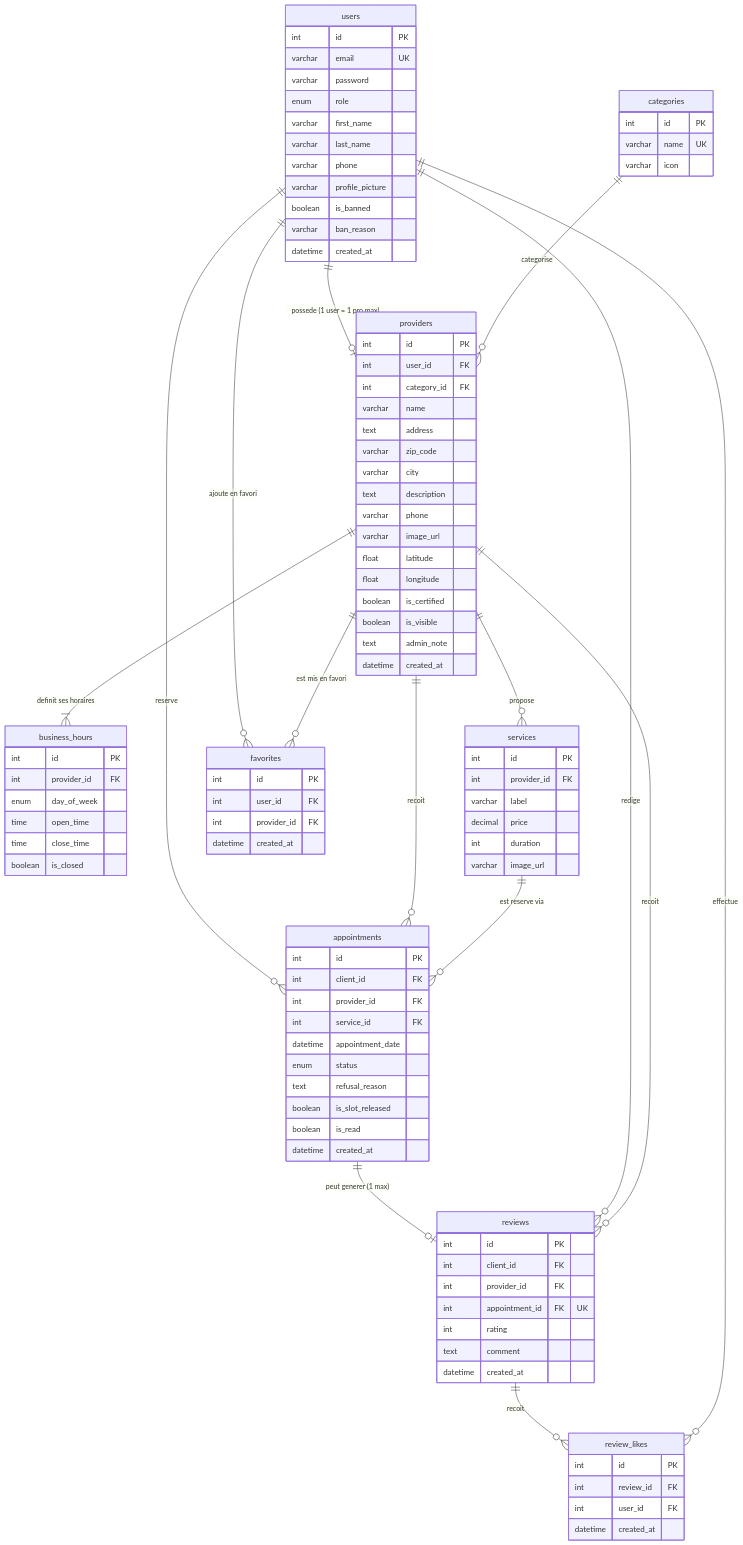
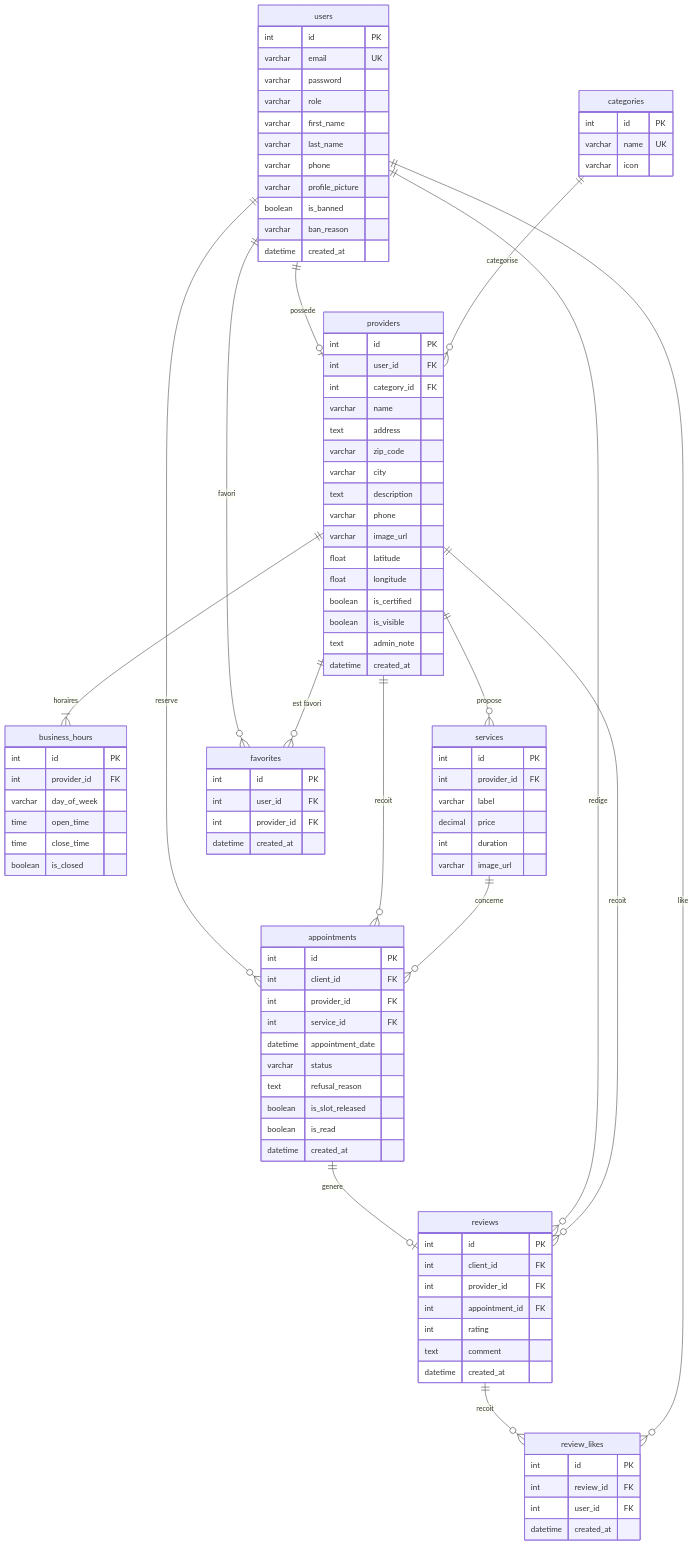
Before and after one commit to bsandoz79/O-RDV: the diagram in MCD-MLD.md, drawn with Mermaid. The commit also changed other lines of this file, not shown here.

Commit message:
fix: syntaxe Mermaid MCD/MLD corrigee

````diff
--- a/MCD-MLD.md
+++ b/MCD-MLD.md
@@ -7,111 +6,111 @@
 erDiagram
 
     users {
-        int         id          PK
-        varchar     email       UK
-        varchar     password
-        enum        role
-        varchar     first_name
-        varchar     last_name
-        varchar     phone
-        varchar     profile_picture
-        boolean     is_banned
-        varchar     ban_reason
-        datetime    created_at
+        int      id              PK
+        varchar  email           UK
+        varchar  password
+        varchar  role
+        varchar  first_name
+        varchar  last_name
+        varchar  phone
+        varchar  profile_picture
+        boolean  is_banned
+        varchar  ban_reason
+        datetime created_at
     }
 
     categories {
-        int         id      PK
-        varchar     name    UK
-        varchar     icon
+        int     id   PK
+        varchar name UK
+        varchar icon
     }
 
     providers {
-        int         id              PK
-        int         user_id         FK
-        int         category_id     FK
-        varchar     name
-        text        address
-        varchar     zip_code
-        varchar     city
-        text        description
-        varchar     phone
-        varchar     image_url
-        float       latitude
-        float       longitude
-        boolean     is_certified
-        boolean     is_visible
-        text        admin_note
-        datetime    created_at
+        int     id           PK
+        int     user_id      FK
+        int     category_id  FK
+        varchar name
+        text    address
+        varchar zip_code
+        varchar city
+        text    description
+        varchar phone
+        varchar image_url
+        float   latitude
+        float   longitude
+        boolean is_certified
+        boolean is_visible
+        text    admin_note
+        datetime created_at
     }
 
     business_hours {
-        int         id              PK
-        int         provider_id     FK
-        enum        day_of_week
-        time        open_time
-        time        close_time
-        boolean     is_closed
+        int     id          PK
+        int     provider_id FK
+        varchar day_of_week
+        time    open_time
+        time    close_time
+        boolean is_closed
     }
 
     services {
-        int         id              PK
-        int         provider_id     FK
-        varchar     label
-        decimal     price
-        int         duration
-        varchar     image_url
+        int     id          PK
+        int     provider_id FK
+        varchar label
+        decimal price
+        int     duration
+        varchar image_url
     }
 
     appointments {
-        int         id                  PK
-        int         client_id           FK
-        int         provider_id         FK
-        int         service_id          FK
-        datetime    appointment_date
-        enum        status
-        text        refusal_reason
-        boolean     is_slot_released
-        boolean     is_read
-        datetime    created_at
+        int      id               PK
+        int      client_id        FK
+        int      provider_id      FK
+        int      service_id       FK
+        datetime appointment_date
+        varchar  status
+        text     refusal_reason
+        boolean  is_slot_released
+        boolean  is_read
+        datetime created_at
     }
 
     reviews {
-        int         id                  PK
-        int         client_id           FK
-        int         provider_id         FK
-        int         appointment_id      FK "UK"
-        int         rating
-        text        comment
-        datetime    created_at
+        int      id             PK
+        int      client_id      FK
+        int      provider_id    FK
+        int      appointment_id FK
+        int      rating
+        text     comment
+        datetime created_at
     }
 
     review_likes {
-        int         id          PK
-        int         review_id   FK
-        int         user_id     FK
-        datetime    created_at
+        int      id        PK
+        int      review_id FK
+        int      user_id   FK
+        datetime created_at
     }
 
     favorites {
-        int         id              PK
-        int         user_id         FK
-        int         provider_id     FK
-        datetime    created_at
+        int      id          PK
+        int      user_id     FK
+        int      provider_id FK
+        datetime created_at
     }
 
-    users           ||--o|   providers       : "possede (1 user = 1 pro max)"
-    categories      ||--o{   providers       : "categorise"
-    providers       ||--|{   business_hours  : "definit ses horaires"
-    providers       ||--o{   services        : "propose"
-    users           ||--o{   appointments    : "reserve"
-    providers       ||--o{   appointments    : "recoit"
-    services        ||--o{   appointments    : "est reserve via"
-    appointments    ||--o|   reviews         : "peut generer (1 max)"
-    users           ||--o{   reviews         : "redige"
-    providers       ||--o{   reviews         : "recoit"
-    reviews         ||--o{   review_likes    : "recoit"
-    users           ||--o{   review_likes    : "effectue"
-    users           ||--o{   favorites       : "ajoute en favori"
-    providers       ||--o{   favorites       : "est mis en favori"
+    users        ||--o|  providers      : "possede"
+    categories   ||--o{  providers      : "categorise"
+    providers    ||--|{  business_hours : "horaires"
+    providers    ||--o{  services       : "propose"
+    users        ||--o{  appointments   : "reserve"
+    providers    ||--o{  appointments   : "recoit"
+    services     ||--o{  appointments   : "concerne"
+    appointments ||--o|  reviews        : "genere"
+    users        ||--o{  reviews        : "redige"
+    providers    ||--o{  reviews        : "recoit"
+    reviews      ||--o{  review_likes   : "recoit"
+    users        ||--o{  review_likes   : "like"
+    users        ||--o{  favorites      : "favori"
+    providers    ||--o{  favorites      : "est favori"
 ```
````
